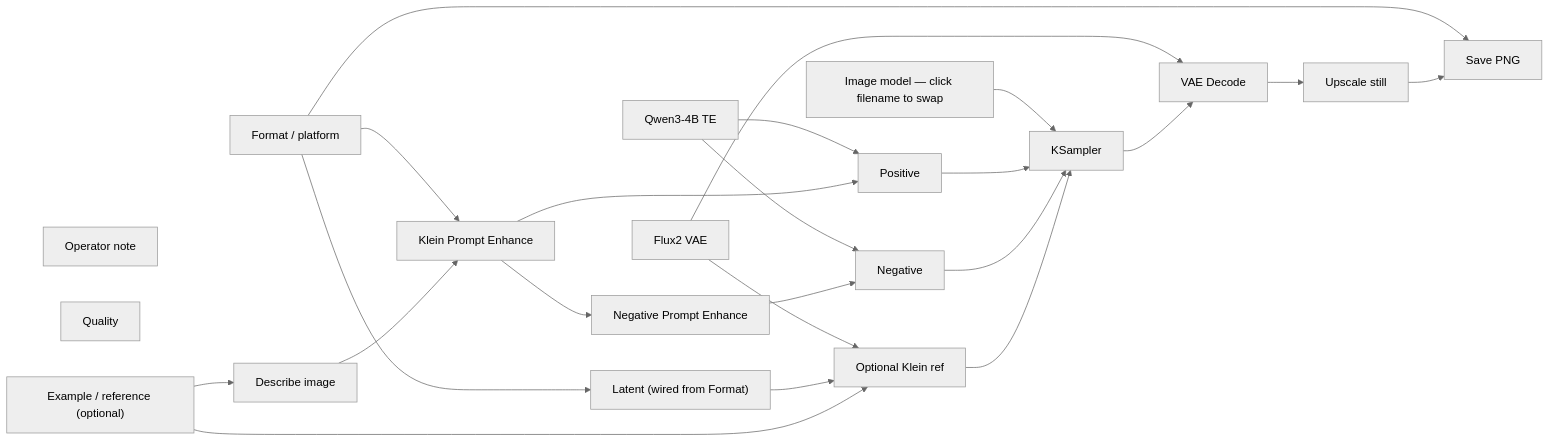
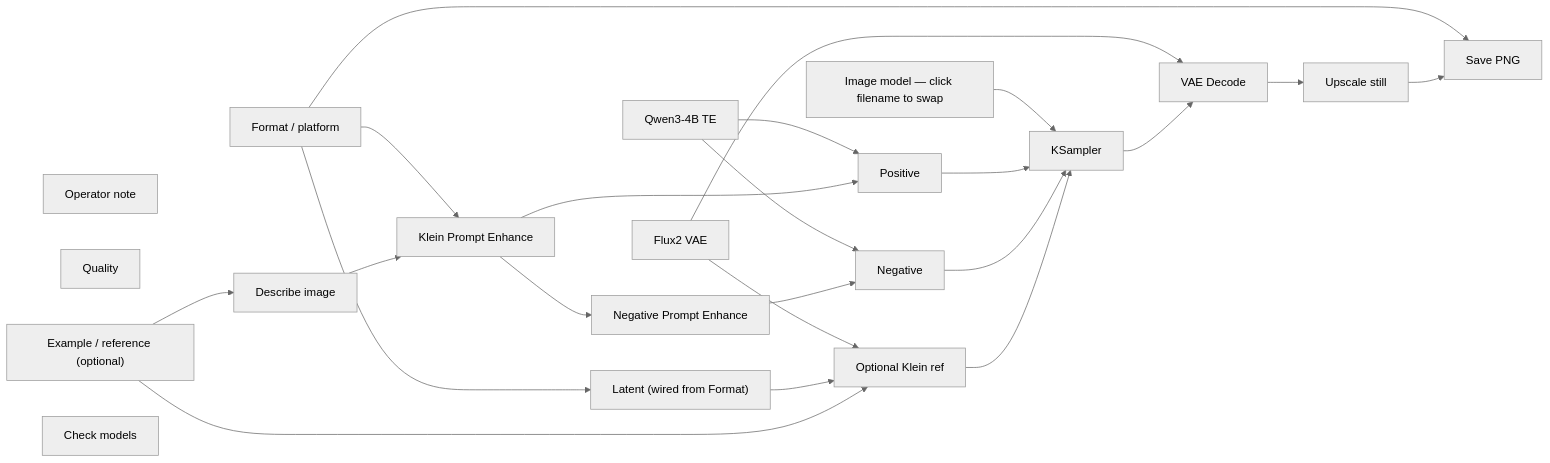
Before and after one commit to toxicoder/ez-comfy-stack: the diagram in docs/generated/workflows/stills/still-studio.md, drawn with Mermaid (neutral theme). The commit also changed other lines of this file and 1106 other files, not shown here.

First line of the commit message:
feat: add Check models node to every lab App

````diff
--- a/docs/generated/workflows/stills/still-studio.md
+++ b/docs/generated/workflows/stills/still-studio.md
@@ -56,42 +56,43 @@
 ```mermaid
 flowchart LR
   N1["Image model — click filename to swap"]
   N2["Qwen3-4B TE"]
   N3["Flux2 VAE"]
   N4["Positive"]
   N5["Negative"]
   N6["Latent (wired from Format)"]
   N7["KSampler"]
   N8["VAE Decode"]
   N9["Save PNG"]
   N10["Operator note"]
   N11["Klein Prompt Enhance"]
   N12["Negative Prompt Enhance"]
   N13["Quality"]
   N14["Format / platform"]
   N15["Example / reference (optional)"]
   N16["Optional Klein ref"]
   N17["Upscale still"]
   N18["Describe image"]
+  N19["Check models"]
   N1 --> N7
   N2 --> N4
   N2 --> N5
   N3 --> N8
   N3 --> N16
   N4 --> N7
   N5 --> N7
   N6 --> N16
   N7 --> N8
   N8 --> N17
   N11 --> N4
   N11 --> N12
   N12 --> N5
   N14 --> N6
   N14 --> N11
   N14 --> N9
   N15 --> N16
   N15 --> N18
   N16 --> N7
   N17 --> N9
   N18 --> N11
 ```
````
